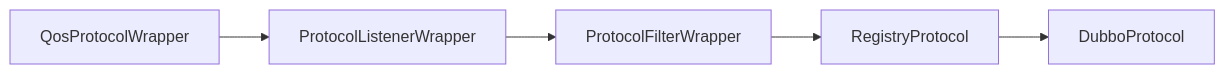
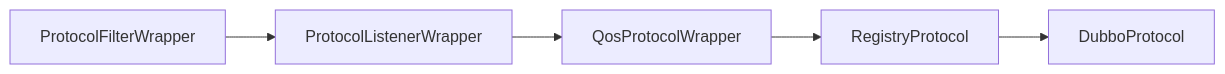
One commit to ergehenmeng/learning-record changed the diagram in 框架/dubbo.md. Above: the diagram before and after it, drawn with Mermaid. The commit also changed other lines of this file and 11 other files, not shown here.

````diff
--- a/框架/dubbo.md
+++ b/框架/dubbo.md
@@ -23,12 +23,12 @@
 ```mermaid
 graph LR
-A["QosProtocolWrapper"]
+A["ProtocolFilterWrapper"]
 B["ProtocolListenerWrapper"]
-C["ProtocolFilterWrapper"]
+C["QosProtocolWrapper"]
 D["RegistryProtocol"]
 E["DubboProtocol"]
 A-->B
 B-->C
 C-->D
 D-->E
 ```
````
